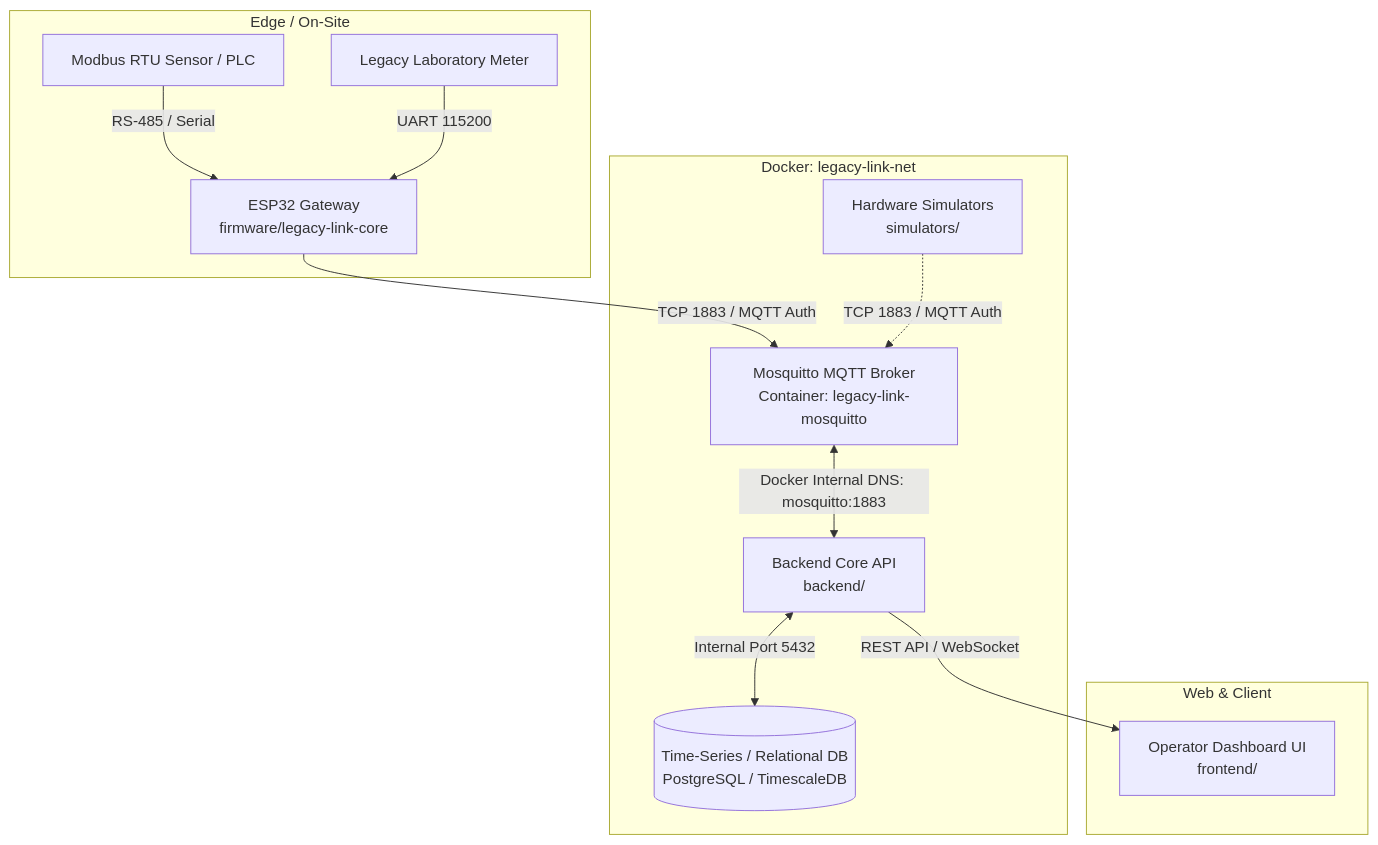
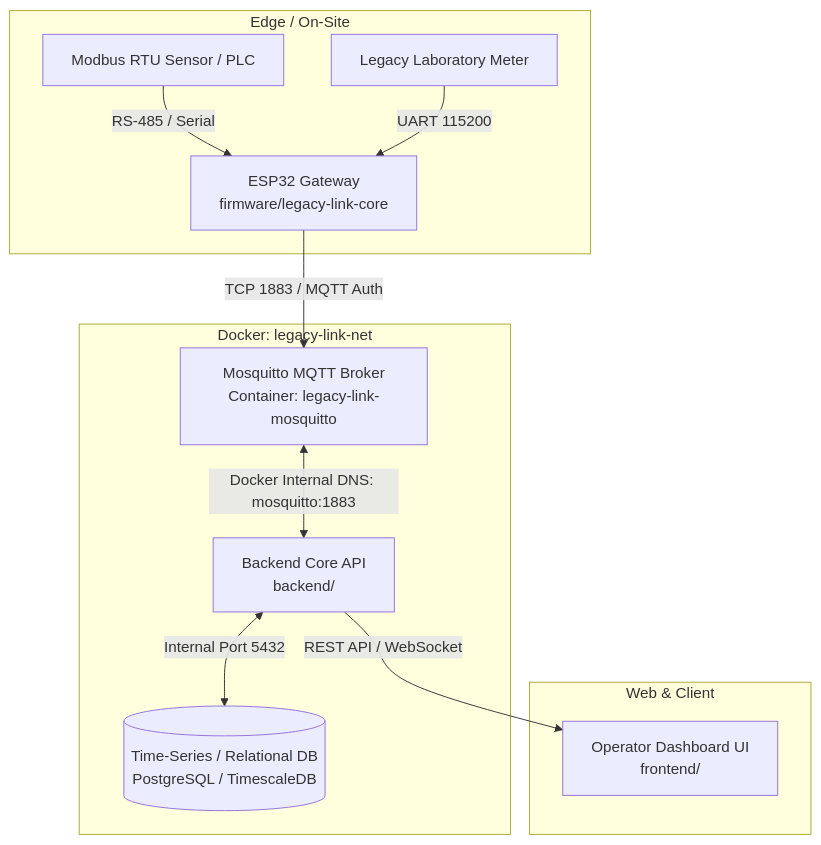
Before and after one commit to thinhnguyen672007-alt/Legacy-link: the diagram in infrastructure/docs/architecture.md, drawn with Mermaid. The commit also changed other lines of this file and 1 other file, not shown here.

````diff
--- a/infrastructure/docs/architecture.md
+++ b/infrastructure/docs/architecture.md
@@ -21,18 +21,17 @@
 ```mermaid
 graph TD
     subgraph Hardware & Edge Layer [Edge / On-Site]
         DeviceA[Modbus RTU Sensor / PLC] -->|RS-485 / Serial| ESP32[ESP32 Gateway\nfirmware/legacy-link-core]
         DeviceB[Legacy Laboratory Meter] -->|UART 115200| ESP32
     end
 
     subgraph Infrastructure Layer [Docker: legacy-link-net]
         ESP32 -->|TCP 1883 / MQTT Auth| Broker[Mosquitto MQTT Broker\nContainer: legacy-link-mosquitto]
-        Sim[Hardware Simulators\nsimulators/] -.->|TCP 1883 / MQTT Auth| Broker
         Broker <-->|Docker Internal DNS: mosquitto:1883| Backend[Backend Core API\nbackend/]
         Backend <-->|Internal Port 5432| DB[(Time-Series / Relational DB\nPostgreSQL / TimescaleDB)]
     end
 
     subgraph Application Layer [Web & Client]
         Backend -->|REST API / WebSocket| Frontend[Operator Dashboard UI\nfrontend/]
     end
 ```
````
